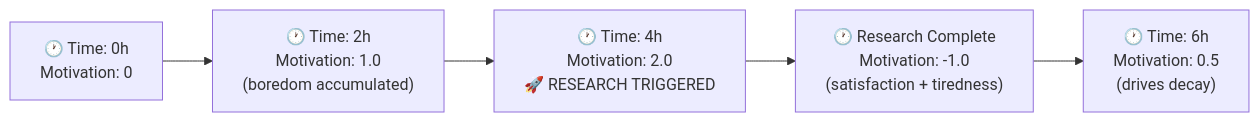
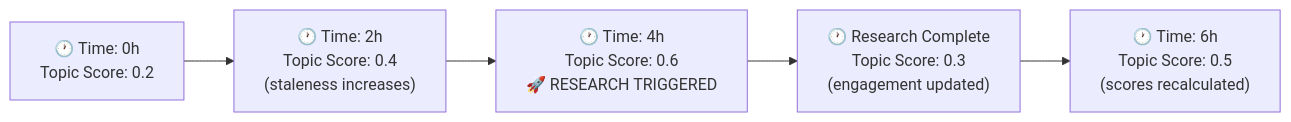
One commit to iCog-Labs-Dev/researcher-prototype changed the second of 2 diagrams in docs/research_engine.md. Above: the diagram before and after it, drawn with Mermaid. The commit also changed other lines of this file and 4 other files, not shown here.

````diff
--- a/docs/research_engine.md
+++ b/docs/research_engine.md
@@ -122,7 +114,7 @@
 ```mermaid
 graph LR
-    A["🕐 Time: 0h<br/>Motivation: 0"] --> B["🕐 Time: 2h<br/>Motivation: 1.0<br/>(boredom accumulated)"]
-    B --> C["🕐 Time: 4h<br/>Motivation: 2.0<br/>🚀 RESEARCH TRIGGERED"]
-    C --> D["🕐 Research Complete<br/>Motivation: -1.0<br/>(satisfaction + tiredness)"]
-    D --> E["🕐 Time: 6h<br/>Motivation: 0.5<br/>(drives decay)"]
+    A["🕐 Time: 0h<br/>Topic Score: 0.2"] --> B["🕐 Time: 2h<br/>Topic Score: 0.4<br/>(staleness increases)"]
+    B --> C["🕐 Time: 4h<br/>Topic Score: 0.6<br/>🚀 RESEARCH TRIGGERED"]
+    C --> D["🕐 Research Complete<br/>Topic Score: 0.3<br/>(engagement updated)"]
+    D --> E["🕐 Time: 6h<br/>Topic Score: 0.5<br/>(scores recalculated)"]
 ```
````
